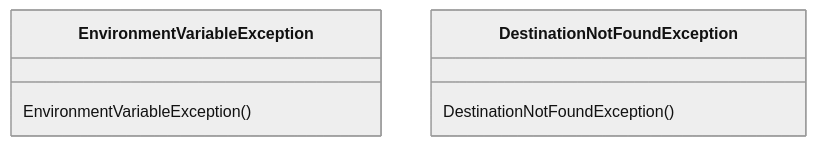
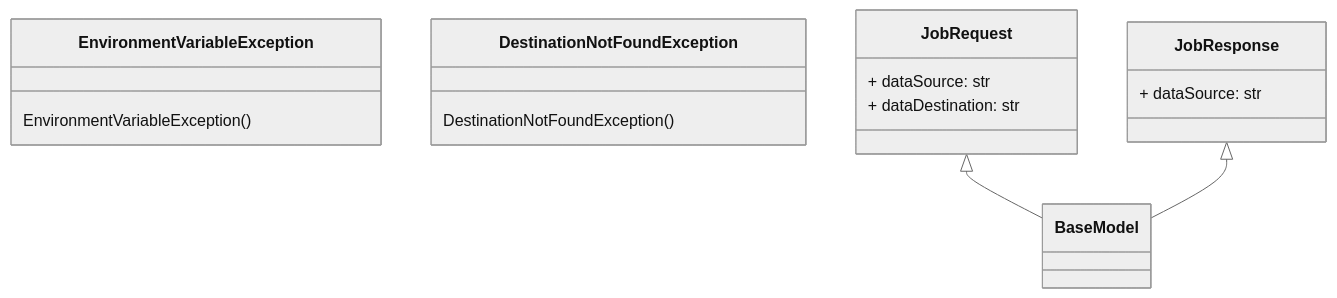
One commit to CPNV-ES-BI1-RIA2-ELT-EXTERNAL-SOURCE/EXTERNAL-SOURCE-LOAD-DATALAKE changed the diagram in loader/docs/class_diagram.md. Above: the diagram before and after it, drawn with Mermaid (neutral theme). The commit also changed 1 other file, not shown here.

Commit message:
docs: add Jobresponse and JobRequest in class diagram

`````diff
--- a/loader/docs/class_diagram.md
+++ b/loader/docs/class_diagram.md
@@ -1,12 +1,23 @@
 ````mermaid
 classDiagram
     EnvironmentVariableException
     class EnvironmentVariableException {
         EnvironmentVariableException()
     }
     
     DestinationNotFoundException
     class DestinationNotFoundException {
         DestinationNotFoundException()
     }
+    
+    JobRequest <|-- BaseModel
+    class JobRequest {
+    + dataSource: str
+    + dataDestination: str
+    }
+    
+    JobResponse <|-- BaseModel
+    class JobResponse {
+    + dataSource: str
+    }
 ````
`````
